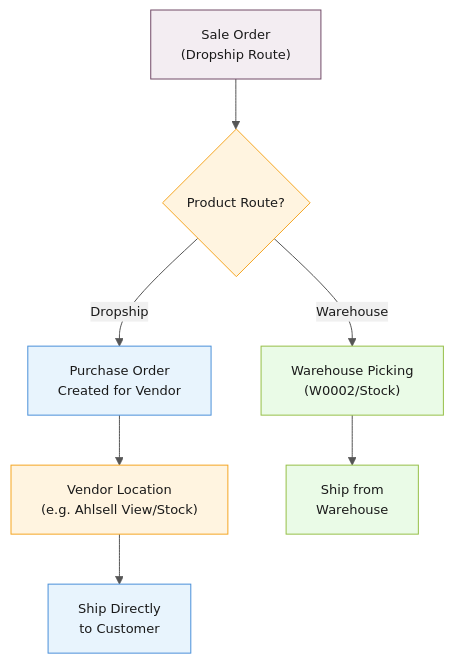
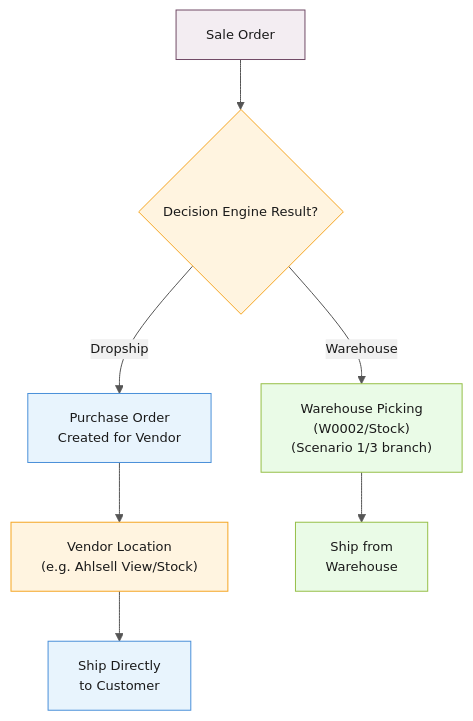
Before and after one commit to ozan-droid/documents: the seventh of 16 diagrams in shopify-sync-odoo-scenarios.md, drawn with Mermaid. The commit also changed other lines of this file, not shown here.

````diff
--- a/shopify-sync-odoo-scenarios.md
+++ b/shopify-sync-odoo-scenarios.md
@@ -312,21 +313,21 @@
 ```mermaid
 %%{init: {'theme': 'base', 'themeVariables': {'primaryColor': '#f0f0f0', 'primaryTextColor': '#1a1a1a', 'lineColor': '#555', 'textColor': '#1a1a1a', 'fontSize': '13px'}}}%%
 flowchart TD
-    SO["Sale Order\n(Dropship Route)"] --> ROUTE{"Product Route?"}
+    SO["Sale Order"] --> ROUTE{"Decision Engine Result?"}
     
     ROUTE -->|"Dropship"| PO["Purchase Order\nCreated for Vendor"]
-    ROUTE -->|"Warehouse"| PICK["Warehouse Picking\n(W0002/Stock)"]
+    ROUTE -->|"Warehouse"| PICK["Warehouse Picking\n(W0002/Stock)\n(Scenario 1/3 branch)"]
     
     PO --> VENDOR_LOC["Vendor Location\n(e.g. Ahlsell View/Stock)"]
     VENDOR_LOC --> SHIP["Ship Directly\nto Customer"]
     
     PICK --> WH_SHIP["Ship from\nWarehouse"]
 
     style SO fill:#f3edf2,stroke:#714b67,color:#1a1a1a
     style ROUTE fill:#fff4e0,stroke:#f5a623,color:#1a1a1a
     style PO fill:#e8f4fd,stroke:#4a90d9,color:#1a1a1a
     style PICK fill:#eafbe7,stroke:#96bf48,color:#1a1a1a
     style VENDOR_LOC fill:#fff4e0,stroke:#f5a623,color:#1a1a1a
     style SHIP fill:#e8f4fd,stroke:#4a90d9,color:#1a1a1a
     style WH_SHIP fill:#eafbe7,stroke:#96bf48,color:#1a1a1a
 ```
````
